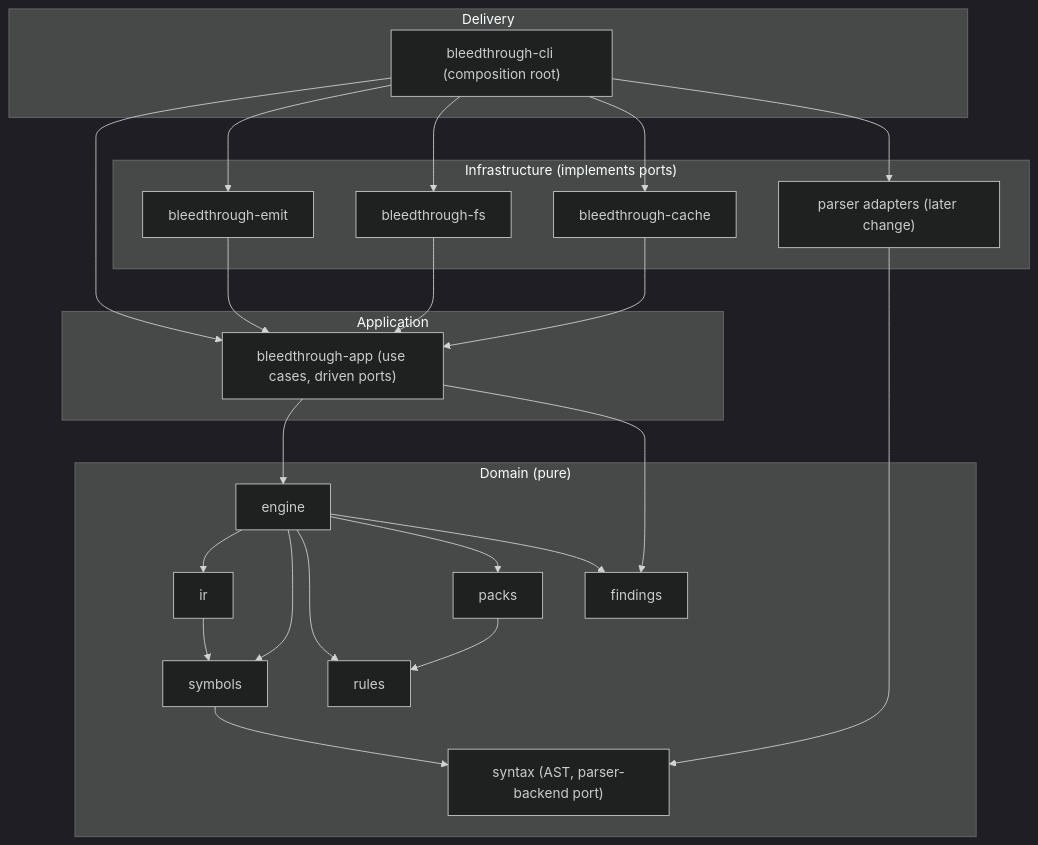
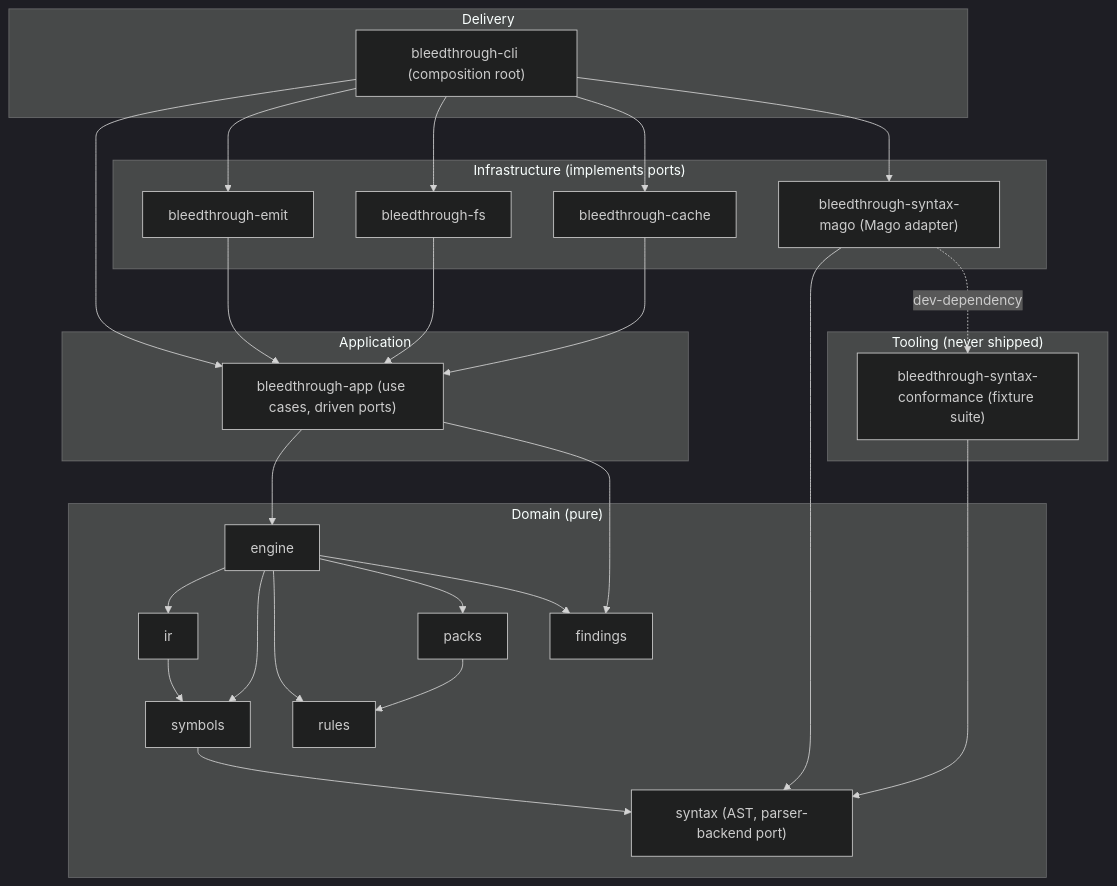
One commit to MisterIcy/bleedthrough changed the diagram in docs/architecture.md. Above: the diagram before and after it, drawn with Mermaid (dark theme). The commit also changed other lines of this file and 268 other files, not shown here.

Commit message:
Add syntax facade, Mago adapter, conformance suite and spike report

````diff
--- a/docs/architecture.md
+++ b/docs/architecture.md
@@ -8,43 +8,48 @@
 ```mermaid
 flowchart TB
   subgraph DELIVERY["Delivery"]
     cli["bleedthrough-cli (composition root)"]
   end
   subgraph INFRA["Infrastructure (implements ports)"]
     emit["bleedthrough-emit"]
     fs["bleedthrough-fs"]
     cache["bleedthrough-cache"]
-    adapters["parser adapters (later change)"]
+    mago["bleedthrough-syntax-mago (Mago adapter)"]
+  end
+  subgraph TOOLING["Tooling (never shipped)"]
+    conformance["bleedthrough-syntax-conformance (fixture suite)"]
   end
   subgraph APP["Application"]
     app["bleedthrough-app (use cases, driven ports)"]
   end
   subgraph DOMAIN["Domain (pure)"]
     engine["engine"]
     ir["ir"]
     symbols["symbols"]
     syntax["syntax (AST, parser-backend port)"]
     rules["rules"]
     packs["packs"]
     findings["findings"]
   end
   cli --> app
   cli --> emit
   cli --> fs
   cli --> cache
-  cli --> adapters
+  cli --> mago
   emit --> app
   fs --> app
   cache --> app
-  adapters --> syntax
+  mago --> syntax
+  mago -. dev-dependency .-> conformance
+  conformance --> syntax
   app --> engine
   app --> findings
   engine --> ir
   engine --> symbols
   engine --> rules
   engine --> packs
   engine --> findings
   ir --> symbols
   symbols --> syntax
   packs --> rules
 ```
````
